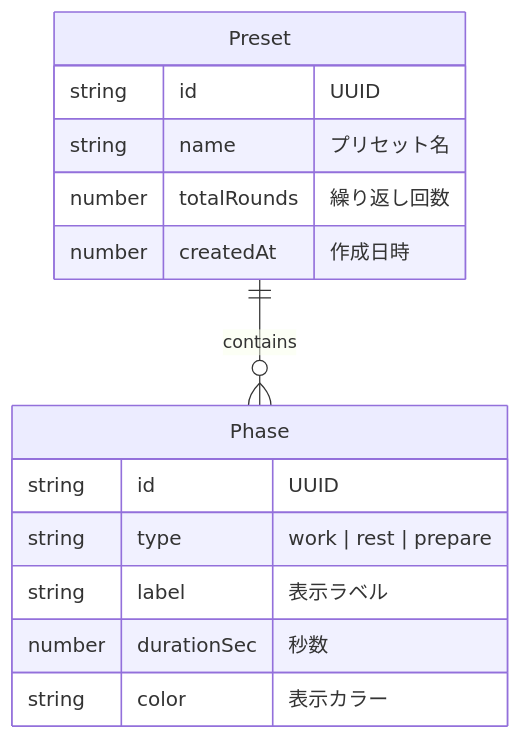
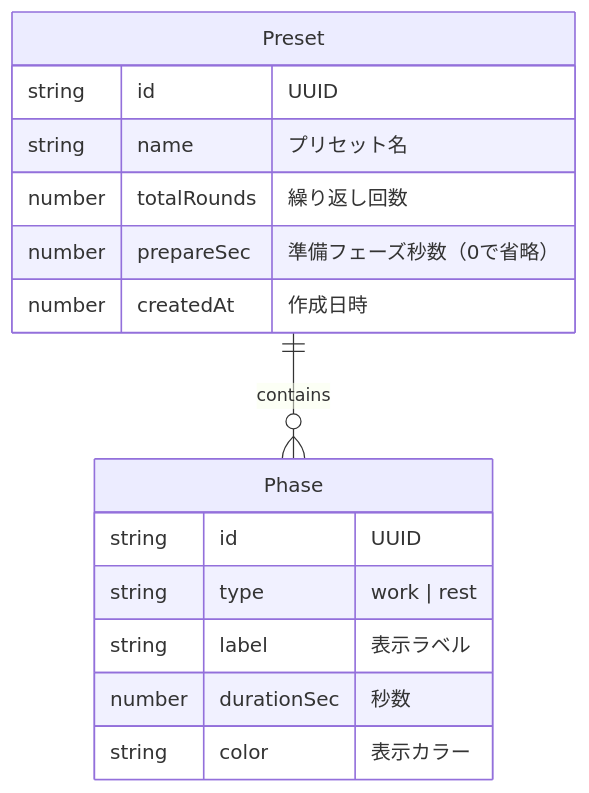
One commit to 53able/Interval-timer changed the third of 12 diagrams in docs/design-docs/interval-timer-pwa.md. Above: the diagram before and after it, drawn with Mermaid. The commit also changed other lines of this file, not shown here.

````diff
--- a/docs/design-docs/interval-timer-pwa.md
+++ b/docs/design-docs/interval-timer-pwa.md
@@ -131,19 +131,20 @@
 ```mermaid
 erDiagram
     Preset ||--o{ Phase : contains
     
     Preset {
         string id "UUID"
         string name "プリセット名"
         number totalRounds "繰り返し回数"
+        number prepareSec "準備フェーズ秒数（0で省略）"
         number createdAt "作成日時"
     }
     
     Phase {
         string id "UUID"
-        string type "work | rest | prepare"
+        string type "work | rest"
         string label "表示ラベル"
         number durationSec "秒数"
         string color "表示カラー"
     }
 ```
````
